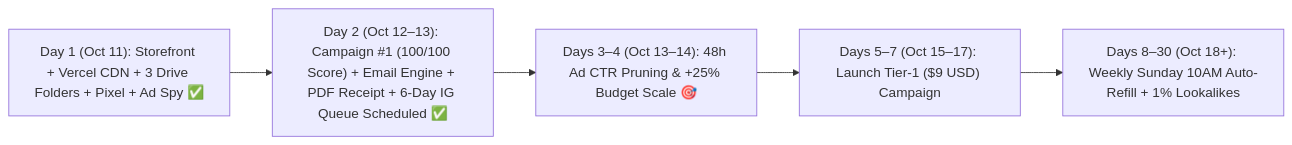
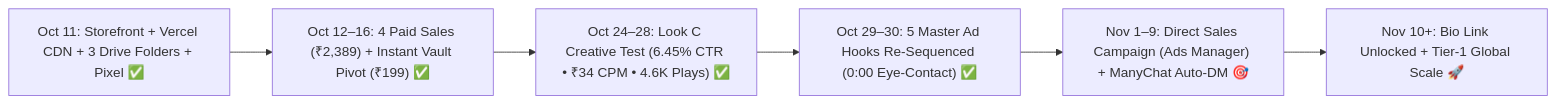
The diagram in docs/ROADMAP.md (wandringspirit/personalabs-academy), drawn with Mermaid before and after one commit. The commit also changed other lines of this file and 2 other files, not shown here.

````diff
--- a/docs/ROADMAP.md
+++ b/docs/ROADMAP.md
@@ -5,7 +5,8 @@
 ```mermaid
 flowchart LR
-    A["Day 1 (Oct 11): Storefront + Vercel CDN + 3 Drive Folders + Pixel + Ad Spy ✅"] --> B["Day 2 (Oct 12–13): Campaign #1 (100/100 Score) + Email Engine + PDF Receipt + 6-Day IG Queue Scheduled ✅"]
-    B --> C["Days 3–4 (Oct 13–14): 48h Ad CTR Pruning & +25% Budget Scale 🎯"]
-    C --> D["Days 5–7 (Oct 15–17): Launch Tier-1 ($9 USD) Campaign"]
-    D --> E["Days 8–30 (Oct 18+): Weekly Sunday 10AM Auto-Refill + 1% Lookalikes"]
+    A["Oct 11: Storefront + Vercel CDN + 3 Drive Folders + Pixel ✅"] --> B["Oct 12–16: 4 Paid Sales (₹2,389) + Instant Vault Pivot (₹199) ✅"]
+    B --> C["Oct 24–28: Look C Creative Test (6.45% CTR • ₹34 CPM • 4.6K Plays) ✅"]
+    C --> D["Oct 29–30: 5 Master Ad Hooks Re-Sequenced (0:00 Eye-Contact) ✅"]
+    D --> E["Nov 1–9: Direct Sales Campaign (Ads Manager) + ManyChat Auto-DM 🎯"]
+    E --> F["Nov 10+: Bio Link Unlocked + Tier-1 Global Scale 🚀"]
 ```
````
